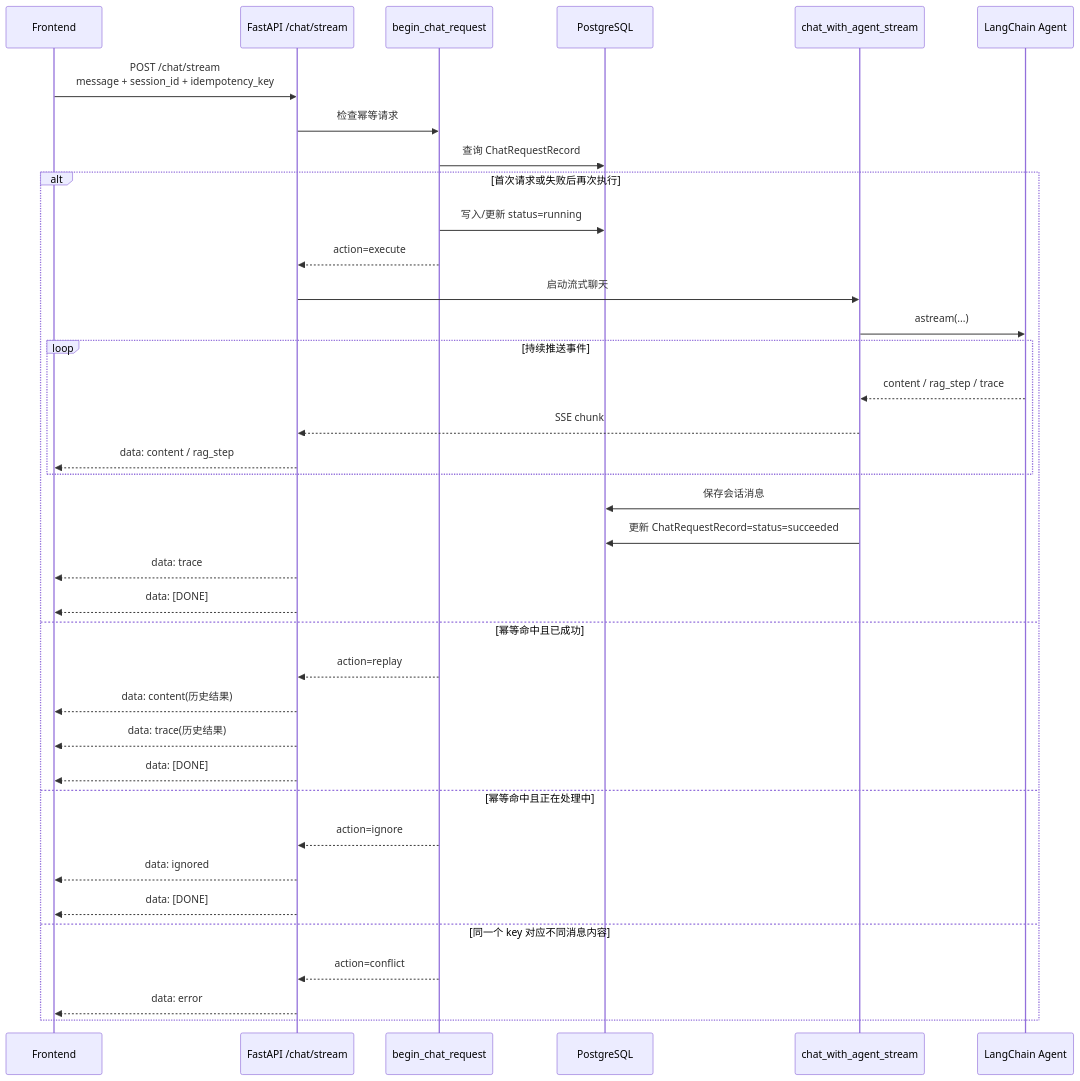
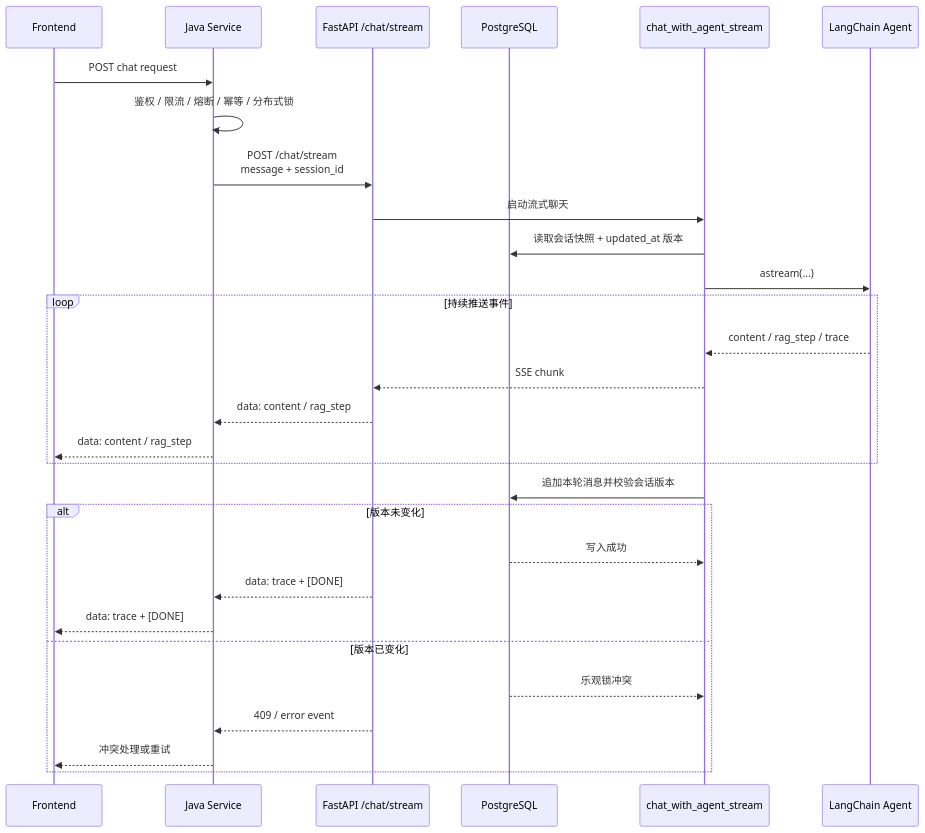
The diagram in README.md (yuanzhe01/CustomerService), drawn with Mermaid before and after one commit. The commit also changed other lines of this file and 14 other files, not shown here.

````diff
--- a/README.md
+++ b/README.md
@@ -87,41 +87,32 @@
 ```mermaid
 sequenceDiagram
     participant FE as Frontend
+    participant JAVA as Java Service
     participant API as FastAPI /chat/stream
-    participant IDC as begin_chat_request
     participant DB as PostgreSQL
     participant SVC as chat_with_agent_stream
     participant AG as LangChain Agent
 
-    FE->>API: POST /chat/stream<br/>message + session_id + idempotency_key
-    API->>IDC: 检查幂等请求
-    IDC->>DB: 查询 ChatRequestRecord
-
-    alt 首次请求或失败后再次执行
-        IDC->>DB: 写入/更新 status=running
-        IDC-->>API: action=execute
-        API->>SVC: 启动流式聊天
-        SVC->>AG: astream(...)
-        loop 持续推送事件
-            AG-->>SVC: content / rag_step / trace
-            SVC-->>API: SSE chunk
-            API-->>FE: data: content / rag_step
-        end
-        SVC->>DB: 保存会话消息
-        SVC->>DB: 更新 ChatRequestRecord=status=succeeded
-        API-->>FE: data: trace
-        API-->>FE: data: [DONE]
-    else 幂等命中且已成功
-        IDC-->>API: action=replay
-        API-->>FE: data: content(历史结果)
-        API-->>FE: data: trace(历史结果)
-        API-->>FE: data: [DONE]
-    else 幂等命中且正在处理中
-        IDC-->>API: action=ignore
-        API-->>FE: data: ignored
-        API-->>FE: data: [DONE]
-    else 同一个 key 对应不同消息内容
-        IDC-->>API: action=conflict
-        API-->>FE: data: error
+    FE->>JAVA: POST chat request
+    JAVA->>JAVA: 鉴权 / 限流 / 熔断 / 幂等 / 分布式锁
+    JAVA->>API: POST /chat/stream<br/>message + session_id
+    API->>SVC: 启动流式聊天
+    SVC->>DB: 读取会话快照 + updated_at 版本
+    SVC->>AG: astream(...)
+    loop 持续推送事件
+        AG-->>SVC: content / rag_step / trace
+        SVC-->>API: SSE chunk
+        API-->>JAVA: data: content / rag_step
+        JAVA-->>FE: data: content / rag_step
+    end
+    SVC->>DB: 追加本轮消息并校验会话版本
+    alt 版本未变化
+        DB-->>SVC: 写入成功
+        API-->>JAVA: data: trace + [DONE]
+        JAVA-->>FE: data: trace + [DONE]
+    else 版本已变化
+        DB-->>SVC: 乐观锁冲突
+        API-->>JAVA: 409 / error event
+        JAVA-->>FE: 冲突处理或重试
     end
 ```
````
